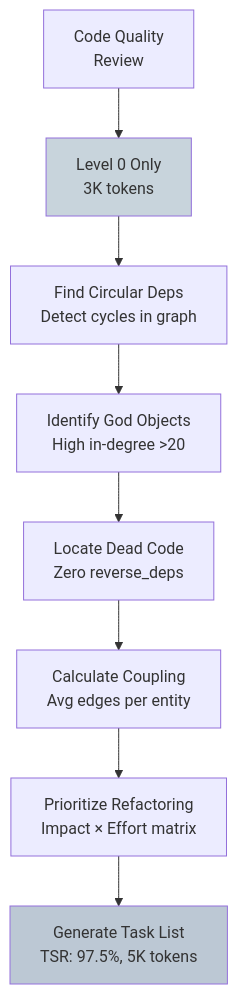
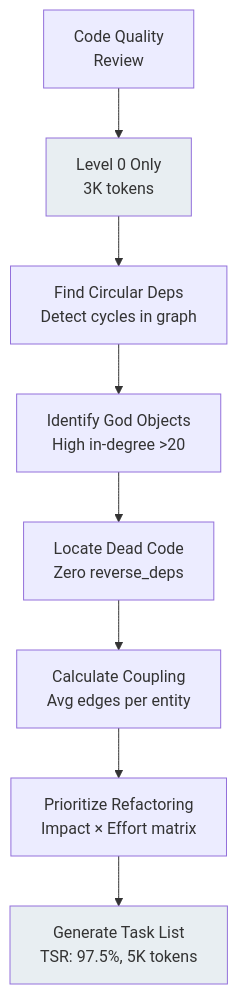
The seventh of 8 diagrams in .claude/parseltongue-ultrathink.md (that-in-rust/parseltongue), drawn with Mermaid before and after one commit. The commit also changed other lines of this file, not shown here.

````diff
--- a/.claude/parseltongue-ultrathink.md
+++ b/.claude/parseltongue-ultrathink.md
@@ -858,13 +858,13 @@
   ```mermaid
   flowchart TD
       A[Code Quality<br/>Review] --> B[Level 0 Only<br/>3K tokens]
       B --> C[Find Circular Deps<br/>Detect cycles in graph]
       C --> D[Identify God Objects<br/>High in-degree >20]
       D --> E[Locate Dead Code<br/>Zero reverse_deps]
       E --> F[Calculate Coupling<br/>Avg edges per entity]
       F --> G[Prioritize Refactoring<br/>Impact × Effort matrix]
       G --> H[Generate Task List<br/>TSR: 97.5%, 5K tokens]
 
-      style B fill:#C8D4DC
-      style H fill:#BCC8D4
+      style B fill:#E8EEF2
+      style H fill:#E8EEF2
   ```
````
